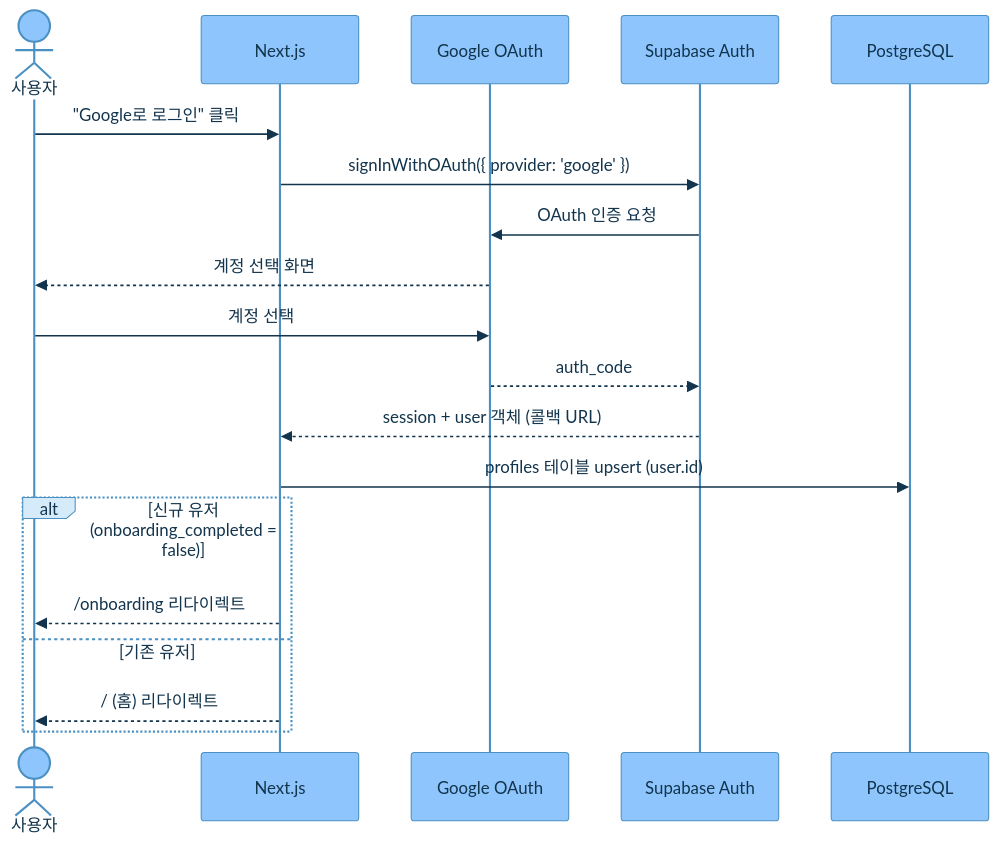
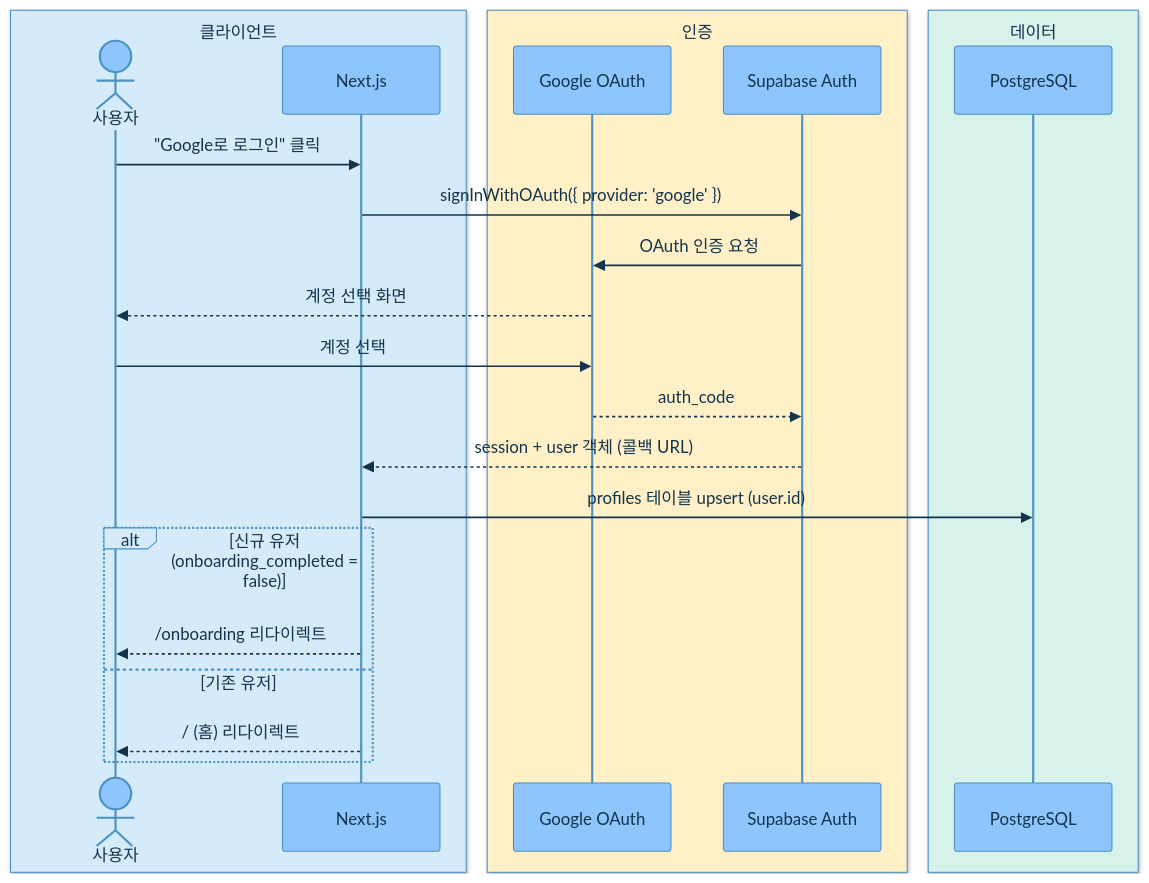
The third of 5 diagrams in README.md (young017/weather), drawn with Mermaid before and after one commit. The commit also changed other lines of this file, not shown here.

````diff
--- a/README.md
+++ b/README.md
@@ -98,23 +111,29 @@
 ```mermaid
 %%{init: {'theme': 'base', 'themeVariables': {'primaryColor': '#8EC5FC', 'primaryBorderColor': '#4A90C2', 'primaryTextColor': '#12344D', 'secondaryColor': '#D6EBFA', 'tertiaryColor': '#EEF6FD', 'lineColor': '#4A90C2', 'actorBkg': '#8EC5FC', 'actorBorder': '#4A90C2', 'actorTextColor': '#12344D', 'activationBkgColor': '#D6EBFA', 'activationBorderColor': '#4A90C2', 'loopTextColor': '#12344D', 'noteBkgColor': '#EEF6FD', 'noteBorderColor': '#4A90C2', 'noteTextColor': '#12344D', 'labelBoxBkgColor': '#D6EBFA', 'labelBoxBorderColor': '#4A90C2'}}}%%
 sequenceDiagram
-    actor User as 사용자
-    participant App as Next.js
-    participant Google as Google OAuth
-    participant SB as Supabase Auth
-    participant DB as PostgreSQL
+    box rgb(214,235,250) 클라이언트
+        actor User as 사용자
+        participant App as Next.js
+    end
+    box rgb(255,240,200) 인증
+        participant Google as Google OAuth
+        participant SB as Supabase Auth
+    end
+    box rgb(214,242,234) 데이터
+        participant DB as PostgreSQL
+    end
 
     User->>App: "Google로 로그인" 클릭
     App->>SB: signInWithOAuth({ provider: 'google' })
     SB->>Google: OAuth 인증 요청
     Google-->>User: 계정 선택 화면
     User->>Google: 계정 선택
     Google-->>SB: auth_code
     SB-->>App: session + user 객체 (콜백 URL)
     App->>DB: profiles 테이블 upsert (user.id)
     alt 신규 유저 (onboarding_completed = false)
         App-->>User: /onboarding 리다이렉트
     else 기존 유저
         App-->>User: / (홈) 리다이렉트
     end
 ```
````
